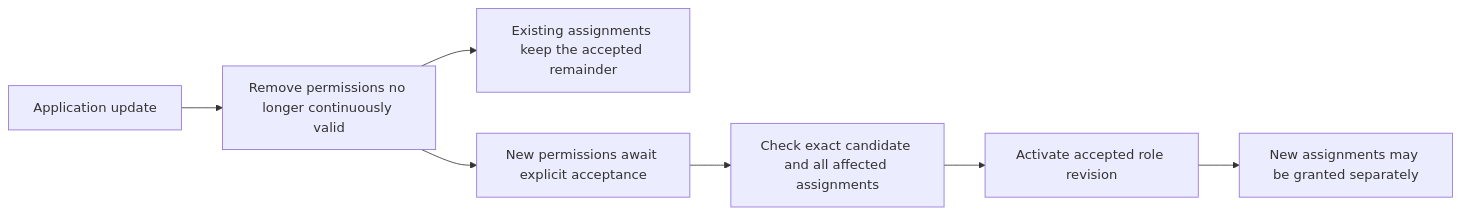
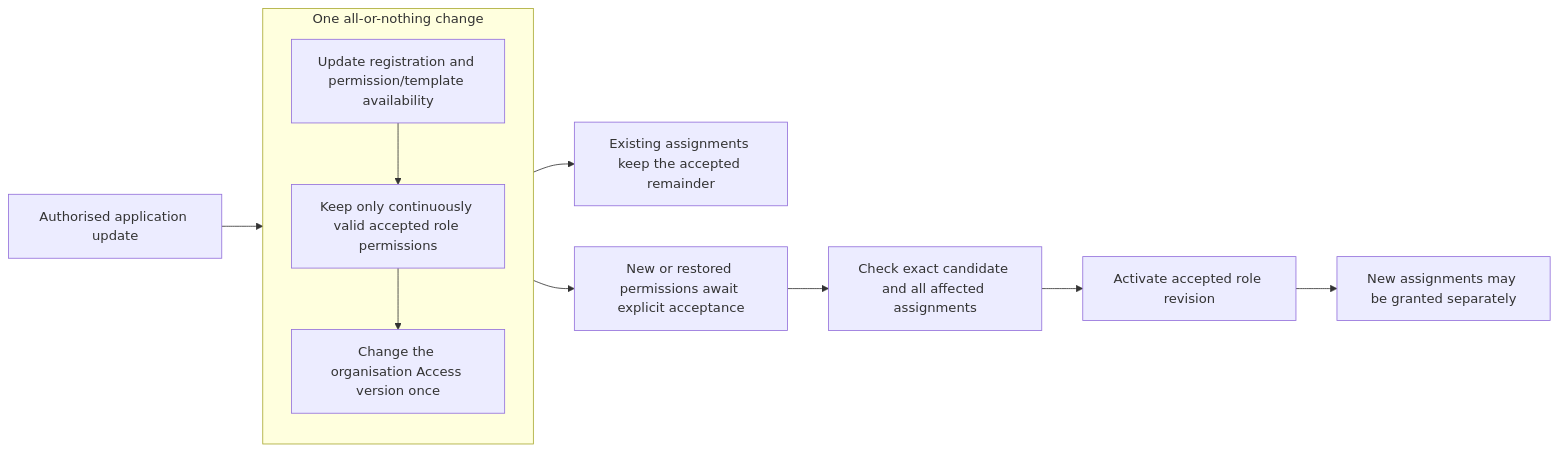
Before and after one commit to Abzum-NZ/Abzum-Vortex: the fourth of 6 diagrams in docs/specification/04-access-and-permissions.md, drawn with Mermaid. The commit also changed other lines of this file and 2 other files, not shown here.

Commit message:
Specify coordinated application access changes and remaining role writers

````diff
--- a/docs/specification/04-access-and-permissions.md
+++ b/docs/specification/04-access-and-permissions.md
@@ -112,9 +116,13 @@
 ```mermaid
 flowchart LR
-    U[Application update] --> R[Remove permissions no longer continuously valid]
-    R --> E[Existing assignments keep the accepted remainder]
-    R --> P[New permissions await explicit acceptance]
+    U[Authorised application update] --> T
+    subgraph T[One all-or-nothing change]
+        C[Update registration and permission/template availability] --> R[Keep only continuously valid accepted role permissions]
+        R --> V[Change the organisation Access version once]
+    end
+    T --> E[Existing assignments keep the accepted remainder]
+    T --> P[New or restored permissions await explicit acceptance]
     P --> M[Check exact candidate and all affected assignments]
     M --> A[Activate accepted role revision]
     A --> N[New assignments may be granted separately]
 ```
````
